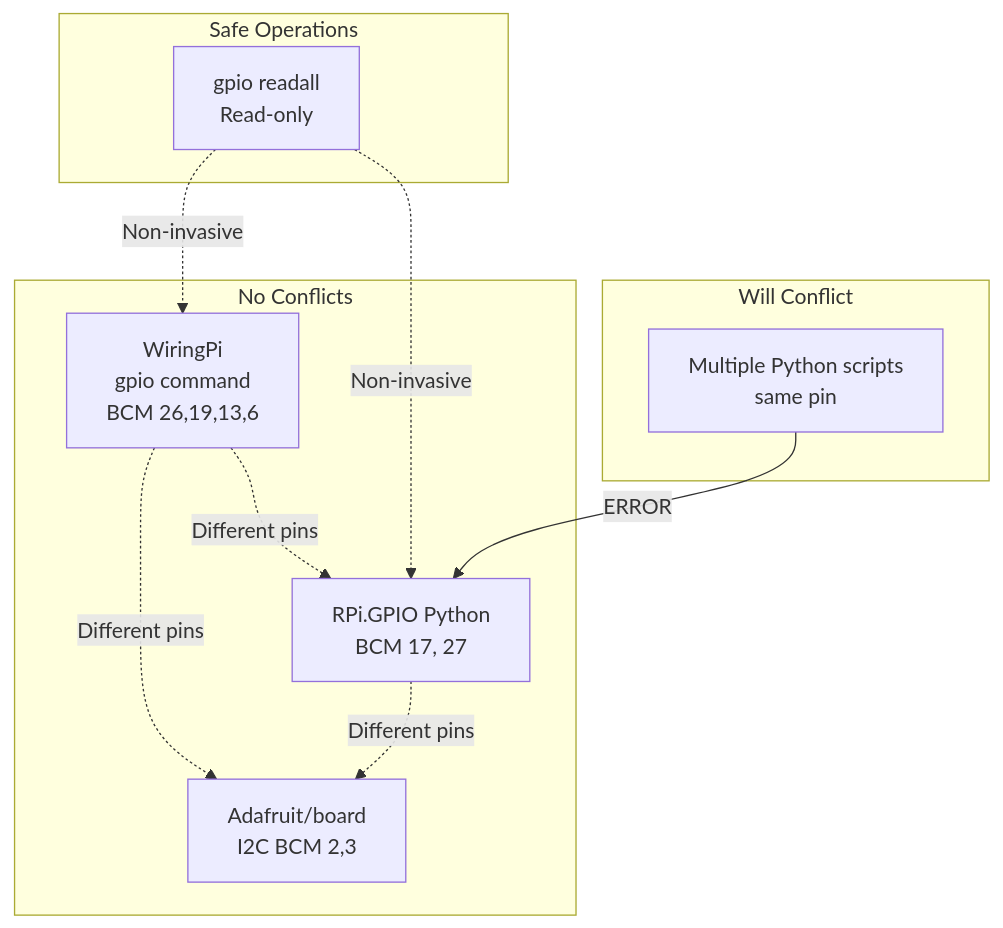
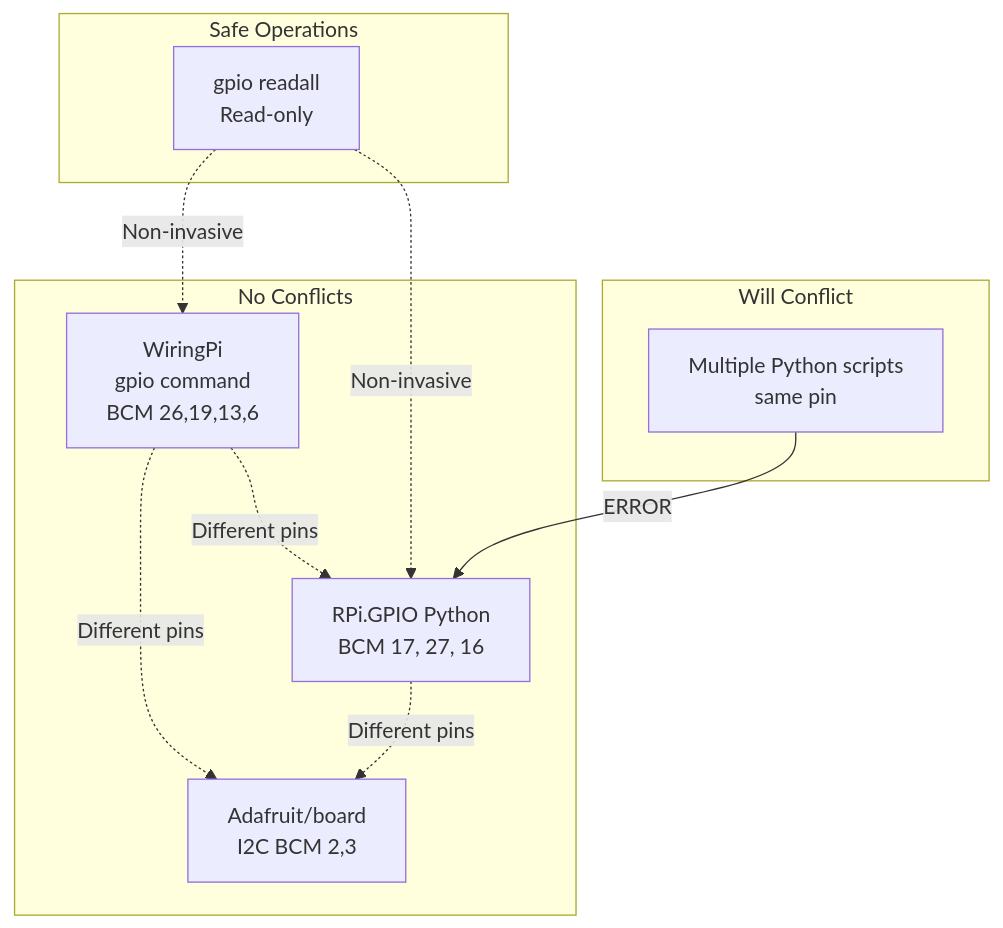
Before and after one commit to porttack/pumphouse: the ninth of 10 diagrams in overview.md, drawn with Mermaid. The commit also changed other lines of this file, not shown here.

````diff
--- a/overview.md
+++ b/overview.md
@@ -132,23 +315,23 @@
 ```mermaid
 graph TB
     subgraph "No Conflicts"
         WP[WiringPi<br/>gpio command<br/>BCM 26,19,13,6]
-        RPi[RPi.GPIO Python<br/>BCM 17, 27]
+        RPi[RPi.GPIO Python<br/>BCM 17, 27, 16]
         I2C[Adafruit/board<br/>I2C BCM 2,3]
     end
     
     subgraph "Safe Operations"
         Read[gpio readall<br/>Read-only]
     end
     
     subgraph "Will Conflict"
         Multi[Multiple Python scripts<br/>same pin]
     end
     
     WP -.->|Different pins| RPi
     WP -.->|Different pins| I2C
     RPi -.->|Different pins| I2C
     Read -.->|Non-invasive| WP
     Read -.->|Non-invasive| RPi
     Multi -->|ERROR| RPi
 ```
````
